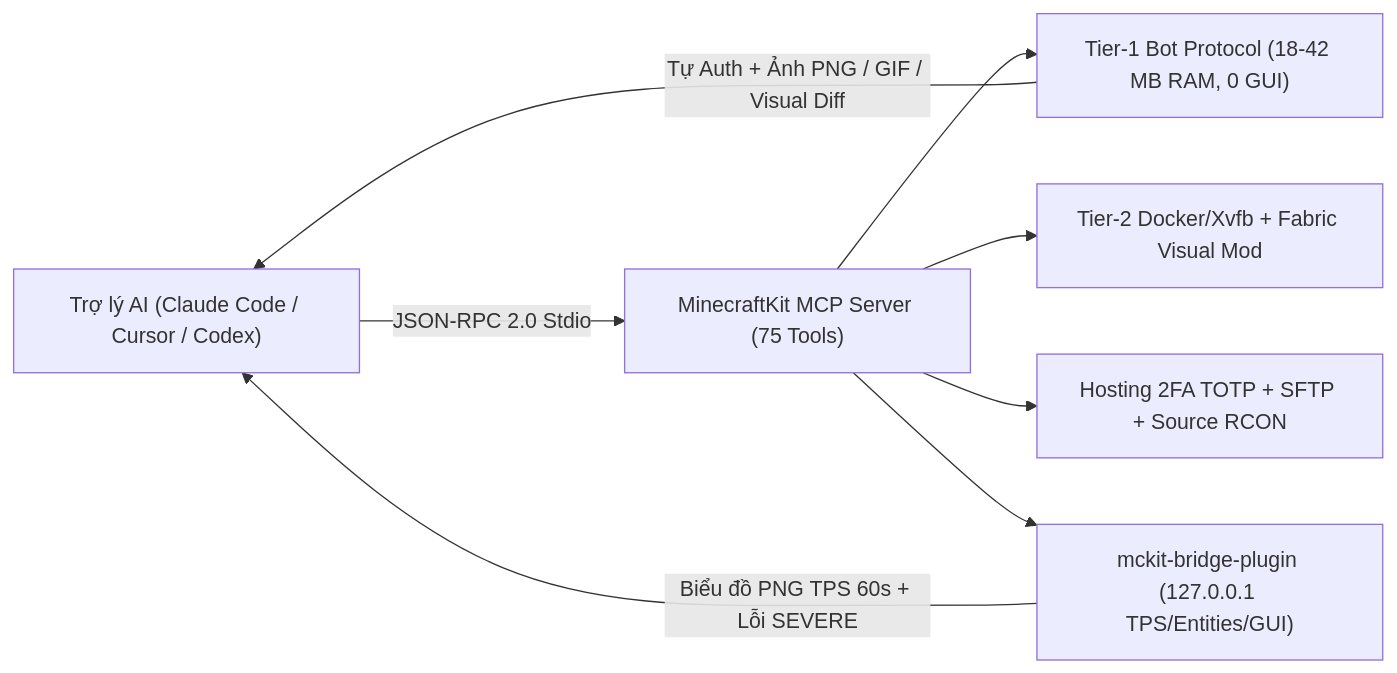
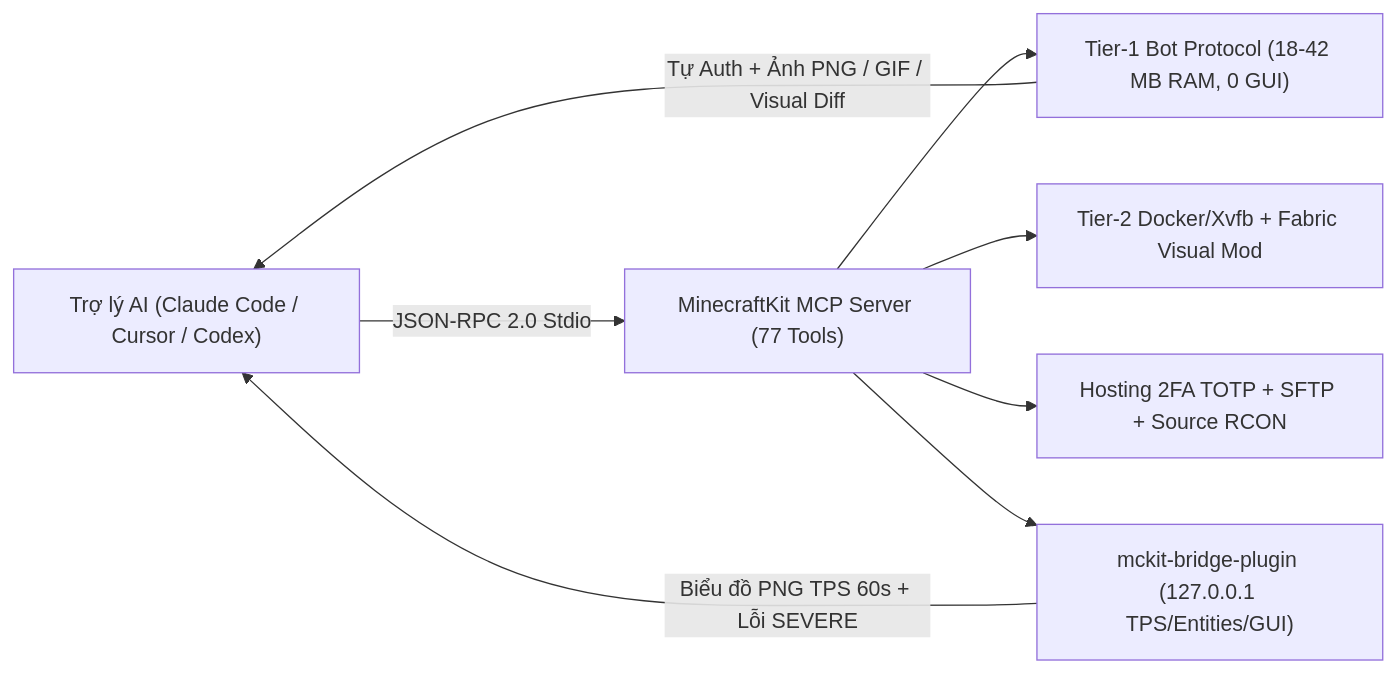
One commit to SalyyS1/minecraftkit changed the diagram in README.vi.md. Above: the diagram before and after it, drawn with Mermaid. The commit also changed other lines of this file and 11 other files, not shown here.

````diff
--- a/README.vi.md
+++ b/README.vi.md
@@ -11,10 +11,10 @@
 ```mermaid
 flowchart LR
-  AI["Trợ lý AI (Claude Code / Cursor / Codex)"] -->|JSON-RPC 2.0 Stdio| MCP["MinecraftKit MCP Server (75 Tools)"]
+  AI["Trợ lý AI (Claude Code / Cursor / Codex)"] -->|JSON-RPC 2.0 Stdio| MCP["MinecraftKit MCP Server (77 Tools)"]
   MCP --> BOT["Tier-1 Bot Protocol (18-42 MB RAM, 0 GUI)"]
   MCP --> VIS["Tier-2 Docker/Xvfb + Fabric Visual Mod"]
   MCP --> OPS["Hosting 2FA TOTP + SFTP + Source RCON"]
   MCP --> BRIDGE["mckit-bridge-plugin (127.0.0.1 TPS/Entities/GUI)"]
   BOT -->|Tự Auth + Ảnh PNG / GIF / Visual Diff| AI
   BRIDGE -->|Biểu đồ PNG TPS 60s + Lỗi SEVERE| AI
 ```
````
